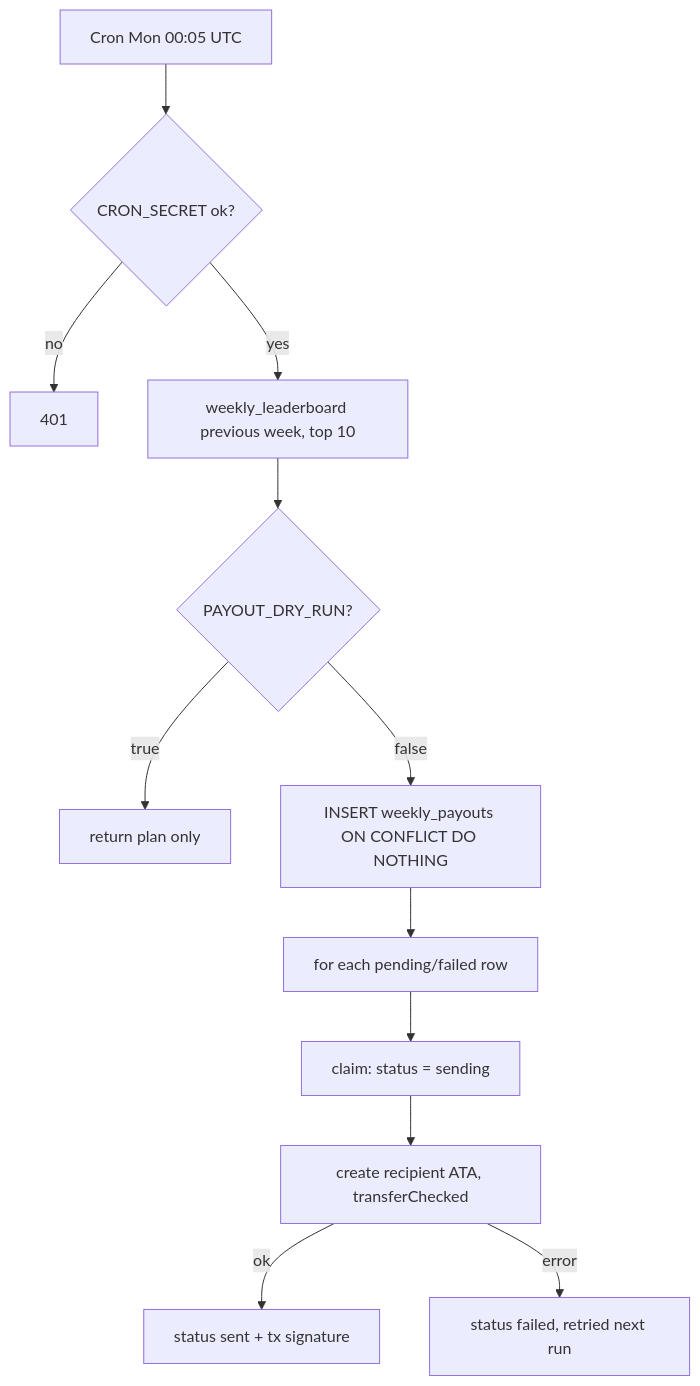
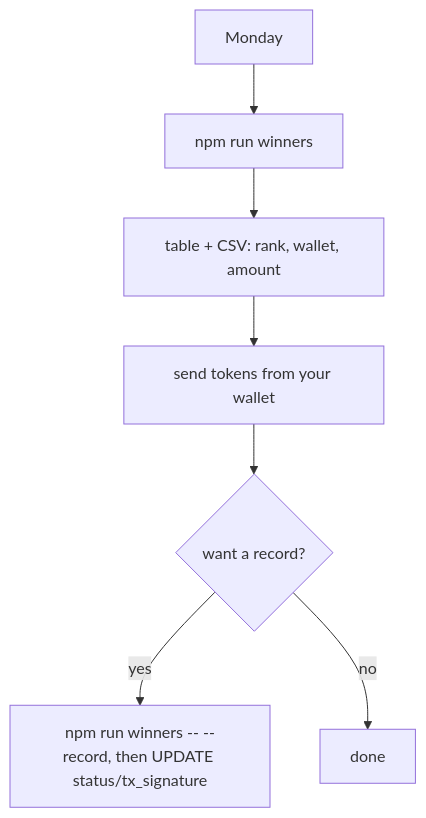
Before and after one commit to davide963-ux/cr-gr: the fourth of 4 diagrams in README.md, drawn with Mermaid. The commit also changed other lines of this file and 9 other files, not shown here.

First line of the commit message:
Drop payout automation; add manual 'winners' report script

````diff
--- a/README.md
+++ b/README.md
@@ -52,14 +51,9 @@
 ```mermaid
 flowchart TD
-  T[Cron Mon 00:05 UTC] --> A{CRON_SECRET ok?}
-  A -- no --> E[401]
-  A -- yes --> LB[weekly_leaderboard previous week, top 10]
-  LB --> DR{PAYOUT_DRY_RUN?}
-  DR -- true --> PL[return plan only]
-  DR -- false --> INS[INSERT weekly_payouts ON CONFLICT DO NOTHING]
-  INS --> LOOP[for each pending/failed row]
-  LOOP --> CL[claim: status = sending]
-  CL --> TX[create recipient ATA, transferChecked]
-  TX -- ok --> OK[status sent + tx signature]
-  TX -- error --> FAIL[status failed, retried next run]
+  M[Monday] --> Q[npm run winners]
+  Q --> T[table + CSV: rank, wallet, amount]
+  T --> S[send tokens from your wallet]
+  S --> R{want a record?}
+  R -- yes --> REC[npm run winners -- --record, then UPDATE status/tx_signature]
+  R -- no --> D[done]
 ```
````
